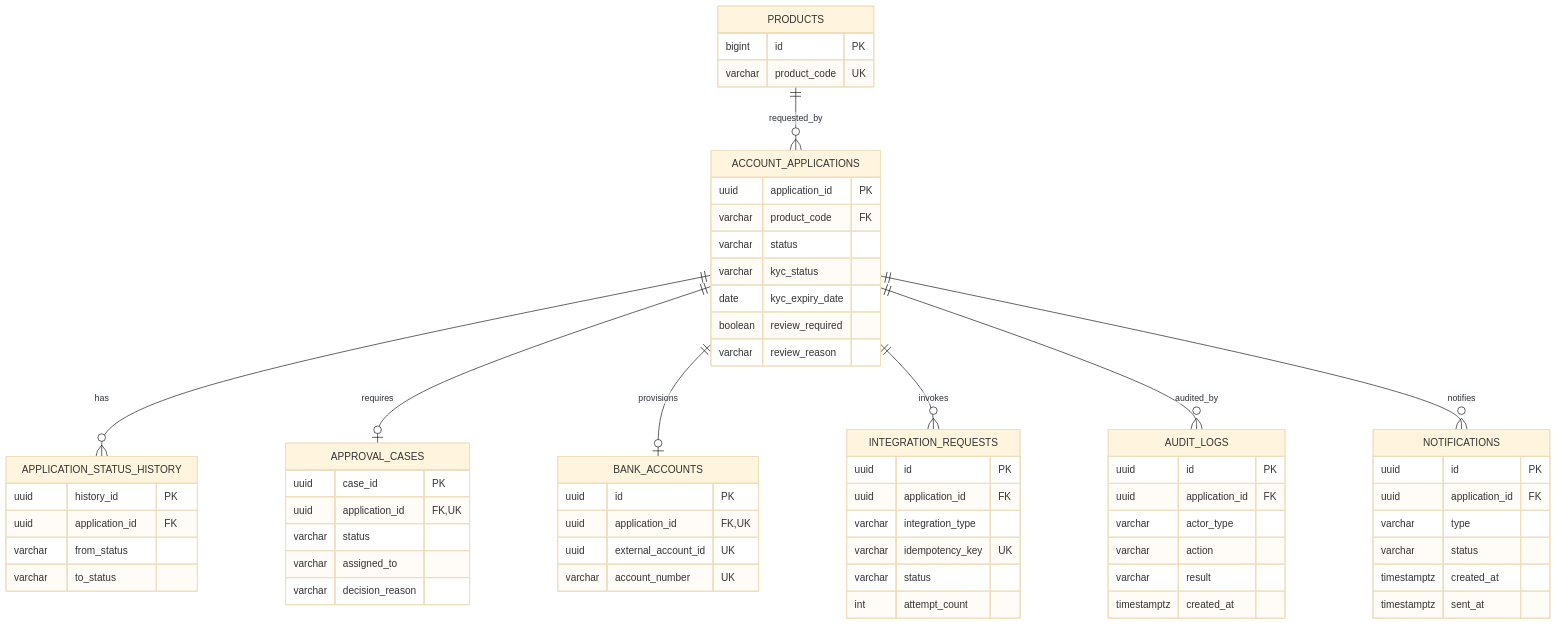
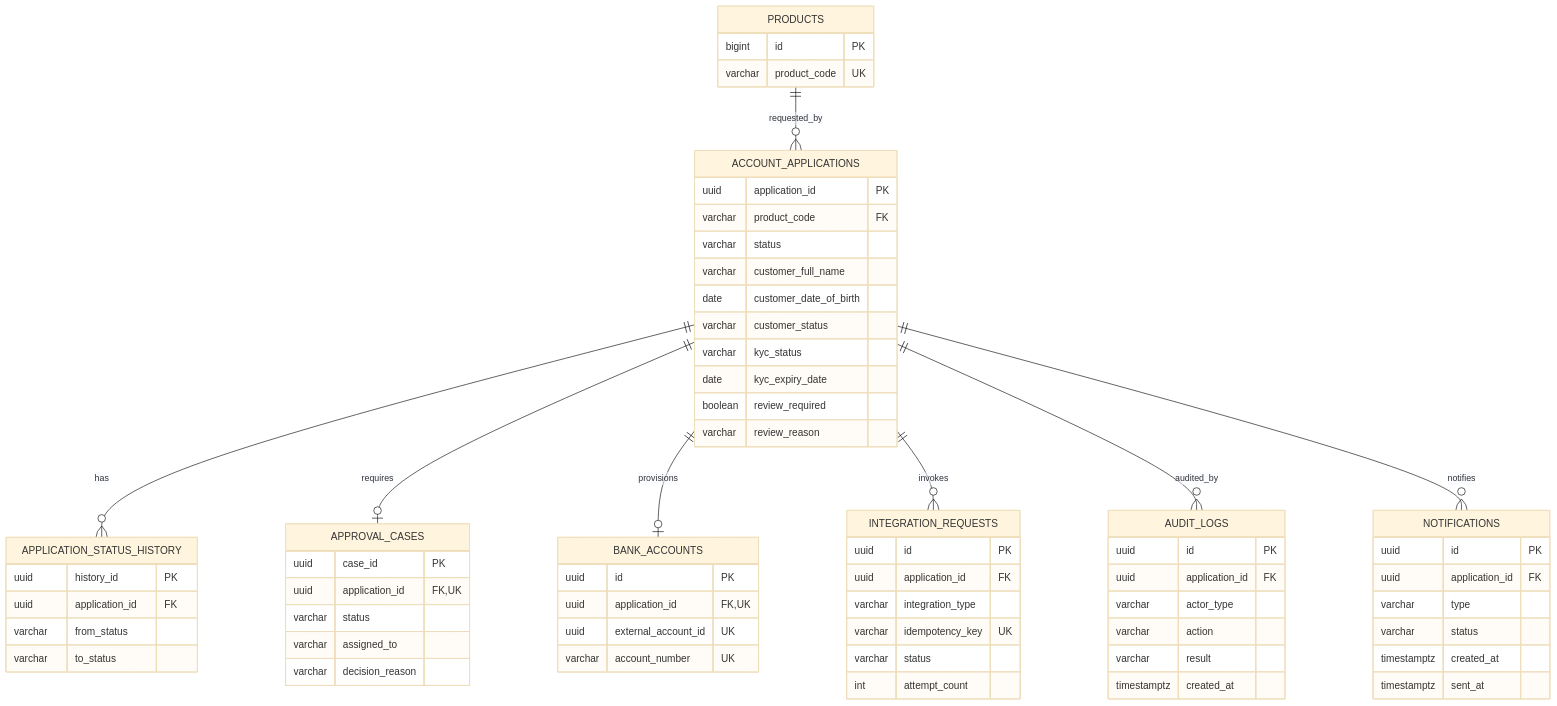
Before and after one commit to Mikokoomi/digital-account-opening: the diagram in docs/data-design.md, drawn with Mermaid (base theme). The commit also changed other lines of this file and 21 other files, not shown here.

````diff
--- a/docs/data-design.md
+++ b/docs/data-design.md
@@ -5,50 +5,53 @@
 ```mermaid
 erDiagram
     PRODUCTS ||--o{ ACCOUNT_APPLICATIONS : requested_by
     ACCOUNT_APPLICATIONS ||--o{ APPLICATION_STATUS_HISTORY : has
     ACCOUNT_APPLICATIONS ||--o| APPROVAL_CASES : requires
     ACCOUNT_APPLICATIONS ||--o| BANK_ACCOUNTS : provisions
     ACCOUNT_APPLICATIONS ||--o{ INTEGRATION_REQUESTS : invokes
     ACCOUNT_APPLICATIONS ||--o{ AUDIT_LOGS : audited_by
     ACCOUNT_APPLICATIONS ||--o{ NOTIFICATIONS : notifies
     PRODUCTS { bigint id PK
                varchar product_code UK }
     ACCOUNT_APPLICATIONS { uuid application_id PK
                            varchar product_code FK
                            varchar status
+                           varchar customer_full_name
+                           date customer_date_of_birth
+                           varchar customer_status
                            varchar kyc_status
                            date kyc_expiry_date
                            boolean review_required
                            varchar review_reason }
     APPLICATION_STATUS_HISTORY { uuid history_id PK
                                  uuid application_id FK
                                  varchar from_status
                                  varchar to_status }
     APPROVAL_CASES { uuid case_id PK
                      uuid application_id FK,UK
                      varchar status
                      varchar assigned_to
                      varchar decision_reason }
     BANK_ACCOUNTS { uuid id PK
                     uuid application_id FK,UK
                     uuid external_account_id UK
                     varchar account_number UK }
     INTEGRATION_REQUESTS { uuid id PK
                            uuid application_id FK
                            varchar integration_type
                            varchar idempotency_key UK
                            varchar status
                            int attempt_count }
     AUDIT_LOGS { uuid id PK
                  uuid application_id FK
                  varchar actor_type
                  varchar action
                  varchar result
                  timestamptz created_at }
     NOTIFICATIONS { uuid id PK
                     uuid application_id FK
                     varchar type
                     varchar status
                     timestamptz created_at
                     timestamptz sent_at }
 ```
````
